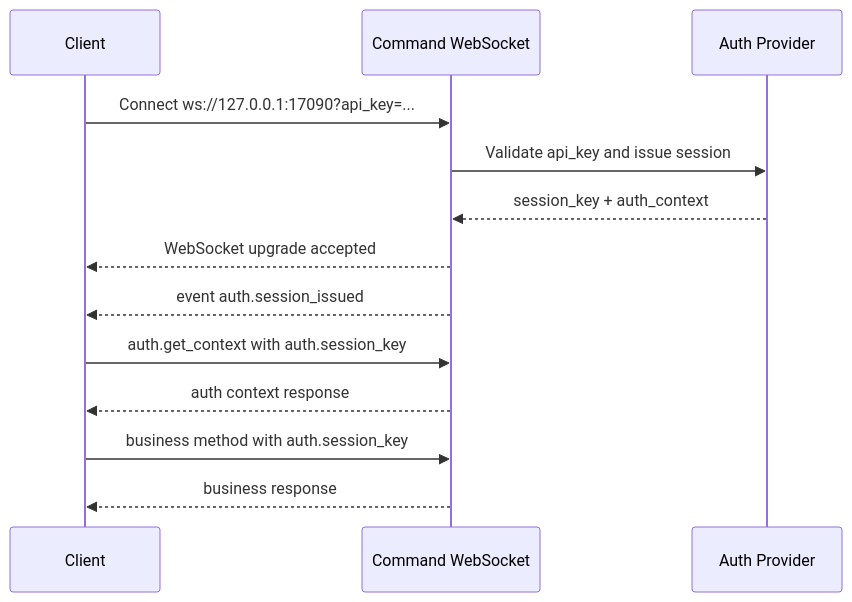
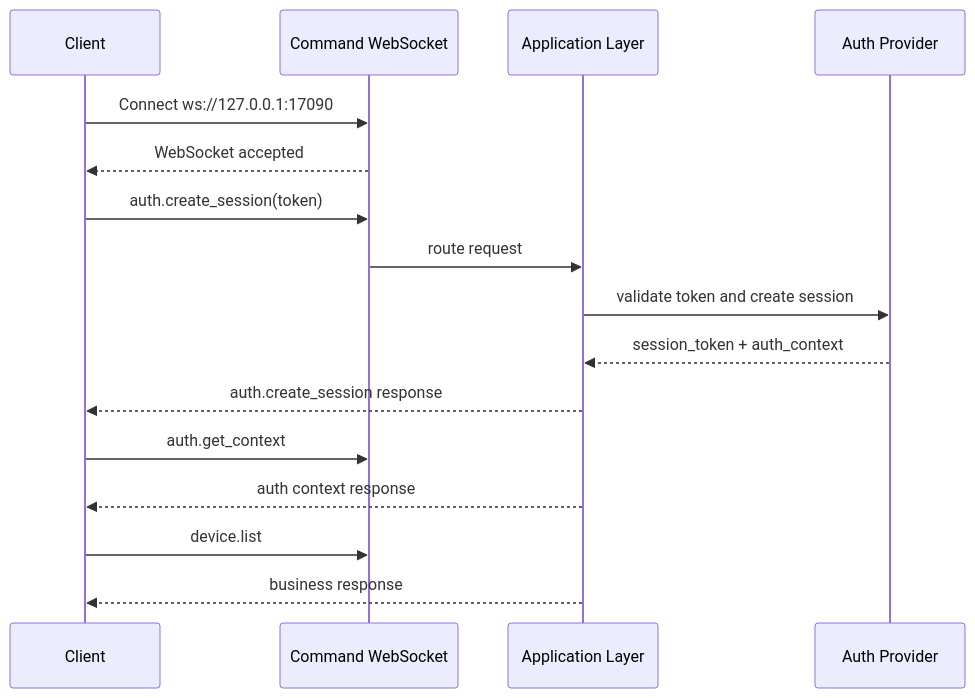
Before and after one commit to CZUR-Developer/czur-sdk-open: the diagram in doc/COMMAND_CHANNEL_FLOW.md, drawn with Mermaid. The commit also changed other lines of this file and 51 other files, not shown here.

````diff
--- a/doc/COMMAND_CHANNEL_FLOW.md
+++ b/doc/COMMAND_CHANNEL_FLOW.md
@@ -209,16 +238,19 @@
 ```mermaid
 sequenceDiagram
     participant Client
     participant CommandWS as Command WebSocket
+    participant App as Application Layer
     participant Auth as Auth Provider
 
-    Client->>CommandWS: Connect ws://127.0.0.1:17090?api_key=...
-    CommandWS->>Auth: Validate api_key and issue session
-    Auth-->>CommandWS: session_key + auth_context
-    CommandWS-->>Client: WebSocket upgrade accepted
-    CommandWS-->>Client: event auth.session_issued
-    Client->>CommandWS: auth.get_context with auth.session_key
-    CommandWS-->>Client: auth context response
-    Client->>CommandWS: business method with auth.session_key
-    CommandWS-->>Client: business response
+    Client->>CommandWS: Connect ws://127.0.0.1:17090
+    CommandWS-->>Client: WebSocket accepted
+    Client->>CommandWS: auth.create_session(token)
+    CommandWS->>App: route request
+    App->>Auth: validate token and create session
+    Auth-->>App: session_token + auth_context
+    App-->>Client: auth.create_session response
+    Client->>CommandWS: auth.get_context
+    App-->>Client: auth context response
+    Client->>CommandWS: device.list
+    App-->>Client: business response
 ```
````
